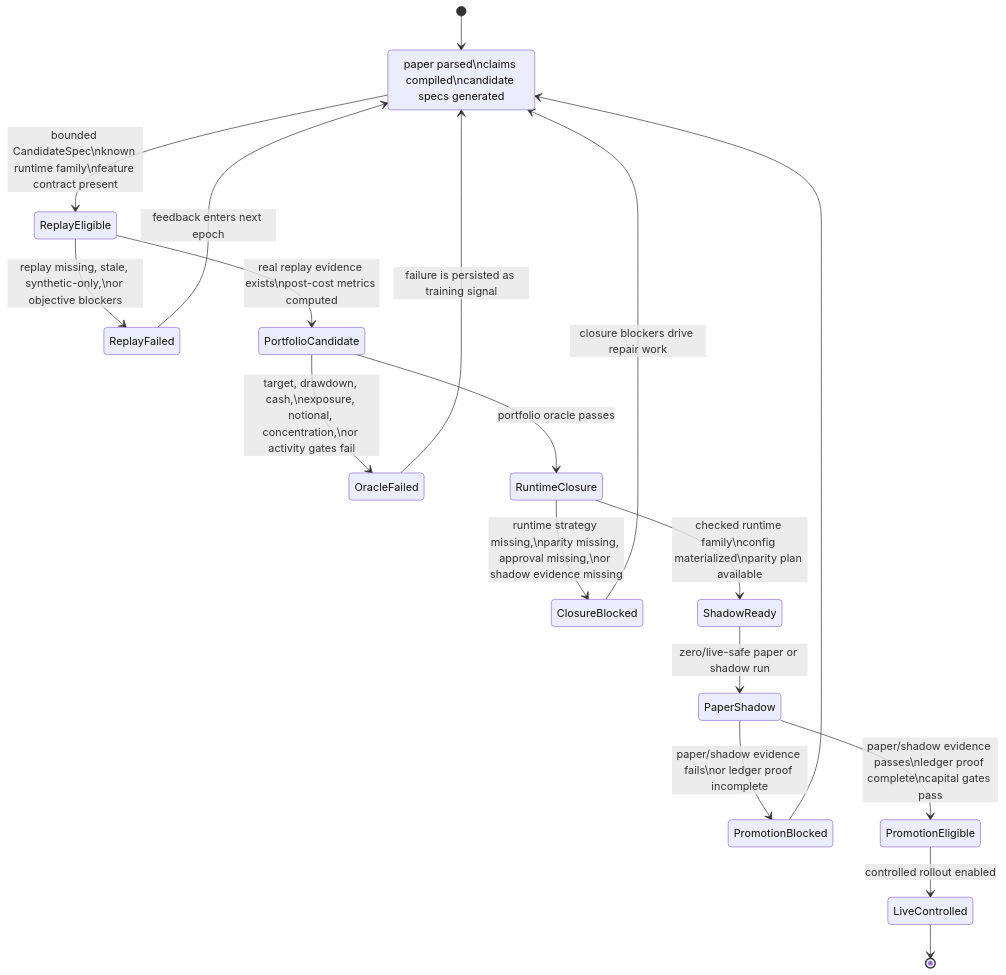
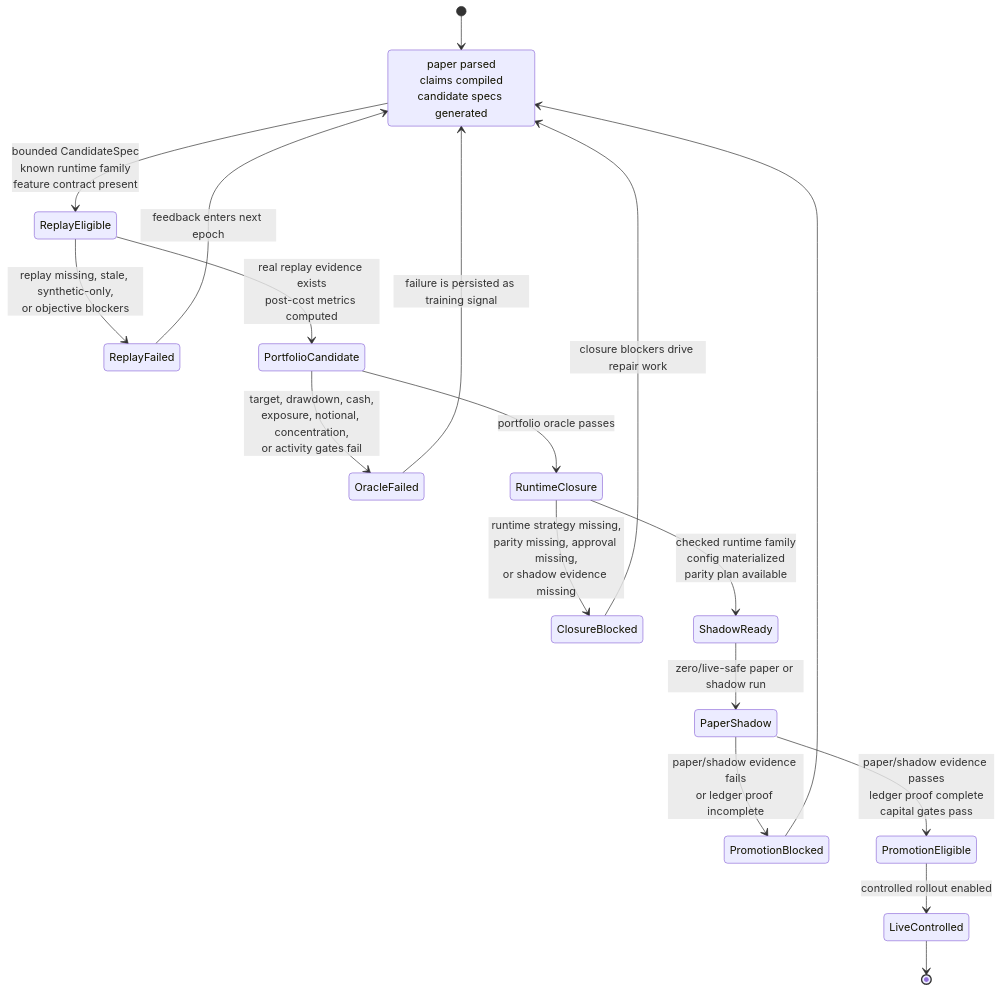
Before and after one commit to proompteng/lab: the second of 3 diagrams in docs/torghut/design-system/v6/214-torghut-current-whitepaper-to-profitable-strategy-workflow-2026-05-16.md, drawn with Mermaid. The commit also changed other lines of this file, not shown here.

Commit message:
docs(torghut): fix workflow mermaid line breaks

````diff
--- a/docs/torghut/design-system/v6/214-torghut-current-whitepaper-to-profitable-strategy-workflow-2026-05-16.md
+++ b/docs/torghut/design-system/v6/214-torghut-current-whitepaper-to-profitable-strategy-workflow-2026-05-16.md
@@ -48,25 +48,25 @@
 ```mermaid
 stateDiagram-v2
   [*] --> ResearchOnly
-  ResearchOnly: paper parsed\nclaims compiled\ncandidate specs generated
-  ResearchOnly --> ReplayEligible: bounded CandidateSpec\nknown runtime family\nfeature contract present
-  ReplayEligible --> ReplayFailed: replay missing, stale, synthetic-only,\nor objective blockers
+  ResearchOnly: paper parsed<br/>claims compiled<br/>candidate specs generated
+  ResearchOnly --> ReplayEligible: bounded CandidateSpec<br/>known runtime family<br/>feature contract present
+  ReplayEligible --> ReplayFailed: replay missing, stale, synthetic-only,<br/>or objective blockers
   ReplayFailed --> ResearchOnly: feedback enters next epoch
 
-  ReplayEligible --> PortfolioCandidate: real replay evidence exists\npost-cost metrics computed
-  PortfolioCandidate --> OracleFailed: target, drawdown, cash,\nexposure, notional, concentration,\nor activity gates fail
+  ReplayEligible --> PortfolioCandidate: real replay evidence exists<br/>post-cost metrics computed
+  PortfolioCandidate --> OracleFailed: target, drawdown, cash,<br/>exposure, notional, concentration,<br/>or activity gates fail
   OracleFailed --> ResearchOnly: failure is persisted as training signal
 
   PortfolioCandidate --> RuntimeClosure: portfolio oracle passes
-  RuntimeClosure --> ClosureBlocked: runtime strategy missing,\nparity missing, approval missing,\nor shadow evidence missing
+  RuntimeClosure --> ClosureBlocked: runtime strategy missing,<br/>parity missing, approval missing,<br/>or shadow evidence missing
   ClosureBlocked --> ResearchOnly: closure blockers drive repair work
 
-  RuntimeClosure --> ShadowReady: checked runtime family\nconfig materialized\nparity plan available
+  RuntimeClosure --> ShadowReady: checked runtime family<br/>config materialized<br/>parity plan available
   ShadowReady --> PaperShadow: zero/live-safe paper or shadow run
-  PaperShadow --> PromotionBlocked: paper/shadow evidence fails\nor ledger proof incomplete
+  PaperShadow --> PromotionBlocked: paper/shadow evidence fails<br/>or ledger proof incomplete
   PromotionBlocked --> ResearchOnly
 
-  PaperShadow --> PromotionEligible: paper/shadow evidence passes\nledger proof complete\ncapital gates pass
+  PaperShadow --> PromotionEligible: paper/shadow evidence passes<br/>ledger proof complete<br/>capital gates pass
   PromotionEligible --> LiveControlled: controlled rollout enabled
   LiveControlled --> [*]
 ```
````
